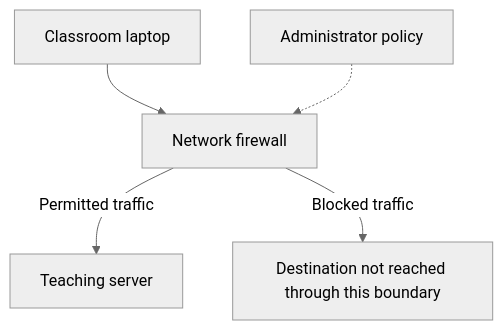
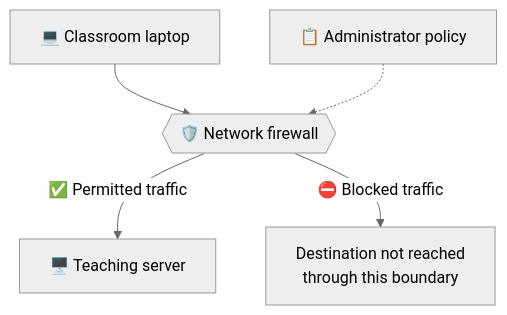
One commit to ai-mini-repository/Hardware-networks-and-behavioristAI changed the second of 6 diagrams in content/how-firewalls-control-network-traffic.md. Above: the diagram before and after it, drawn with Mermaid (neutral theme). The commit also changed other lines of this file, not shown here.

Commit message:
how-firewalls-control-network-traffic.md

````diff
--- a/content/how-firewalls-control-network-traffic.md
+++ b/content/how-firewalls-control-network-traffic.md
@@ -67,7 +143,7 @@
 ```mermaid
 flowchart TD
-    A["Classroom laptop"] --> B["Network firewall"]
-    B -->|"Permitted traffic"| C["Teaching server"]
-    B -->|"Blocked traffic"| D["Destination not reached through this boundary"]
-    E["Administrator policy"] -.-> B
+    A["💻 Classroom laptop"] --> B{{"🛡️ Network firewall"}}
+    B -->|"✅ Permitted traffic"| C["🖥️ Teaching server"]
+    B -->|"⛔ Blocked traffic"| D["Destination not reached<br/>through this boundary"]
+    E["📋 Administrator policy"] -.-> B
 ```
````
